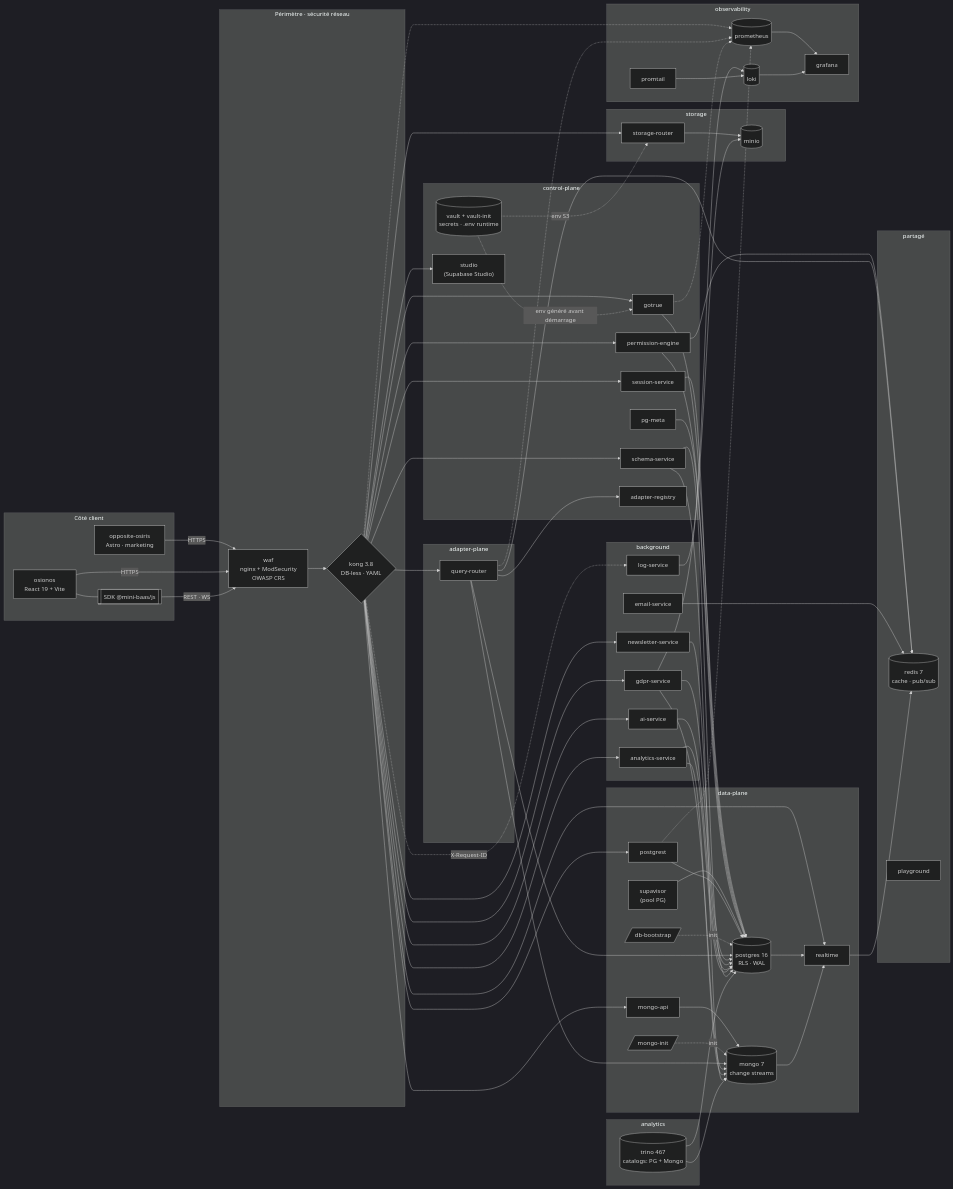
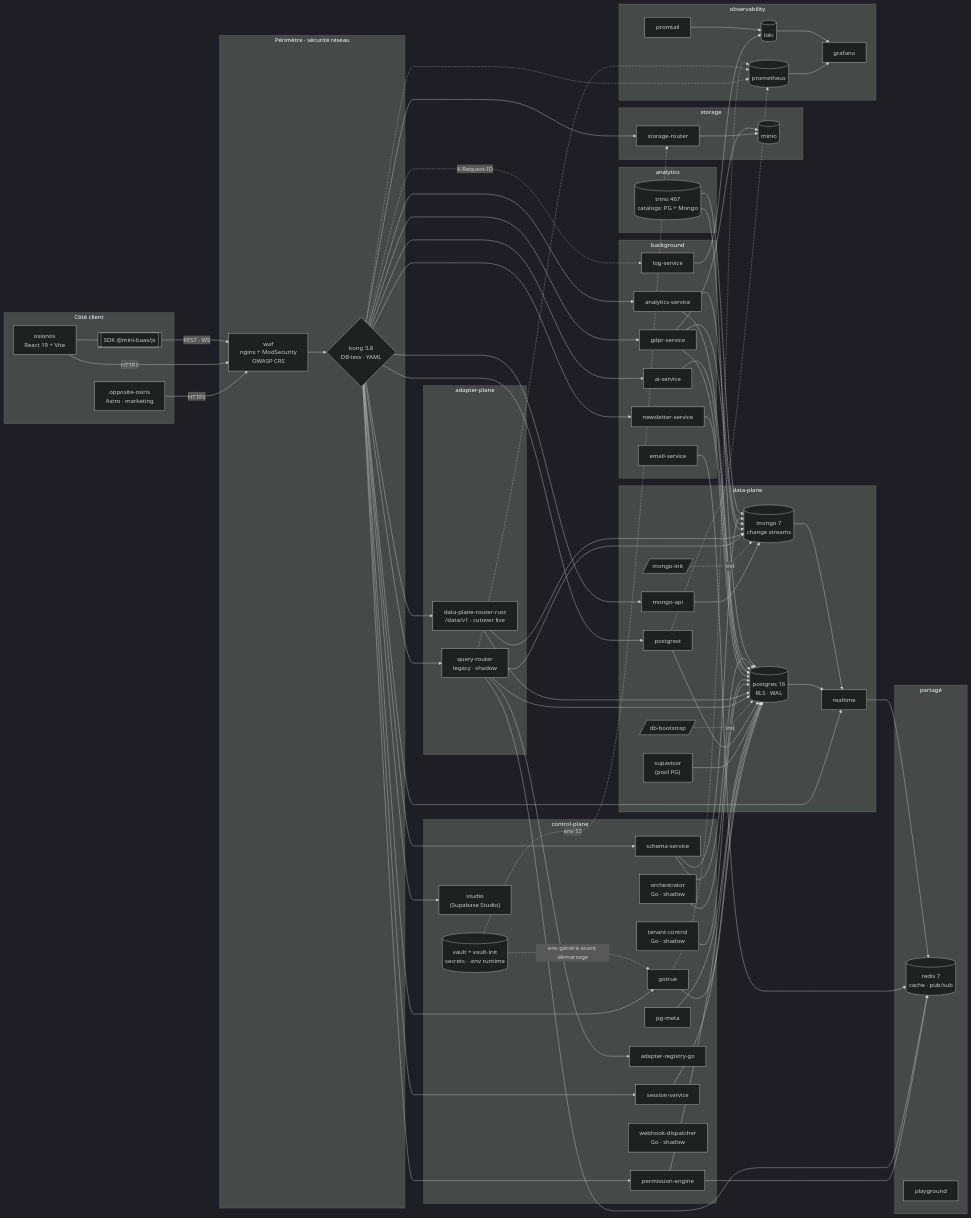
One commit to Univers42/groot changed the third of 12 diagrams in wiki/README.md. Above: the diagram before and after it, drawn with Mermaid (dark theme). The commit also changed other lines of this file, not shown here.

First line of the commit message:
docs(dossier): audit-corrected service counts/plane reality + perf-tricks & BaaS-as-product sections

```diff
--- a/wiki/README.md
+++ b/wiki/README.md
@@ -430,7 +433,10 @@
         PERM["permission-engine"]
         SCH["schema-service"]
         PGM["pg-meta"]
-        ADR["adapter-registry"]
+        ADR["adapter-registry-go"]
+        TC["tenant-control<br/>Go · shadow"]
+        WD["webhook-dispatcher<br/>Go · shadow"]
+        ORCH["orchestrator<br/>Go · shadow"]
         STUDIO["studio<br/>(Supabase Studio)"]
     end
 
@@ -446,7 +452,8 @@
     end
 
     subgraph ADP["adapter-plane"]
-        QR["query-router"]
+        QR["query-router<br/>legacy · shadow"]
+        DPR["data-plane-router-rust<br/>/data/v1 · cutover live"]
     end
 
     subgraph STO["storage"]
@@ -491,6 +498,7 @@
     KONG --> STR
     KONG --> RT
     KONG --> QR
+    KONG --> DPR
     KONG --> SESS
     KONG --> PERM
     KONG --> GDPR
@@ -518,6 +526,10 @@
     QR --> PG
     QR --> MG
     QR --> RDS
+    DPR --> PG
+    DPR --> MG
+    TC --> PG
+    ORCH --> PG
     EMAIL --> RDS
     NEWS --> PG
     GDPR --> PG
```
